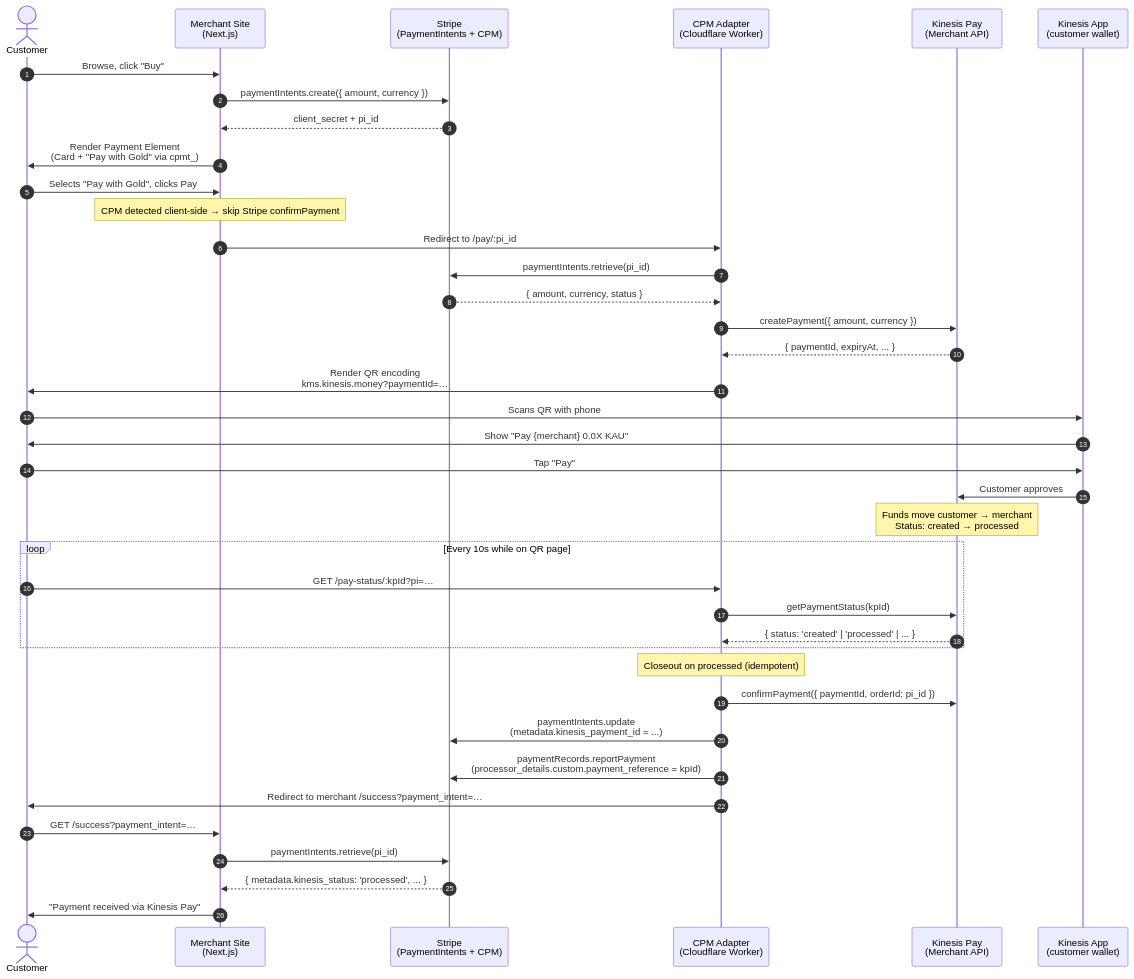
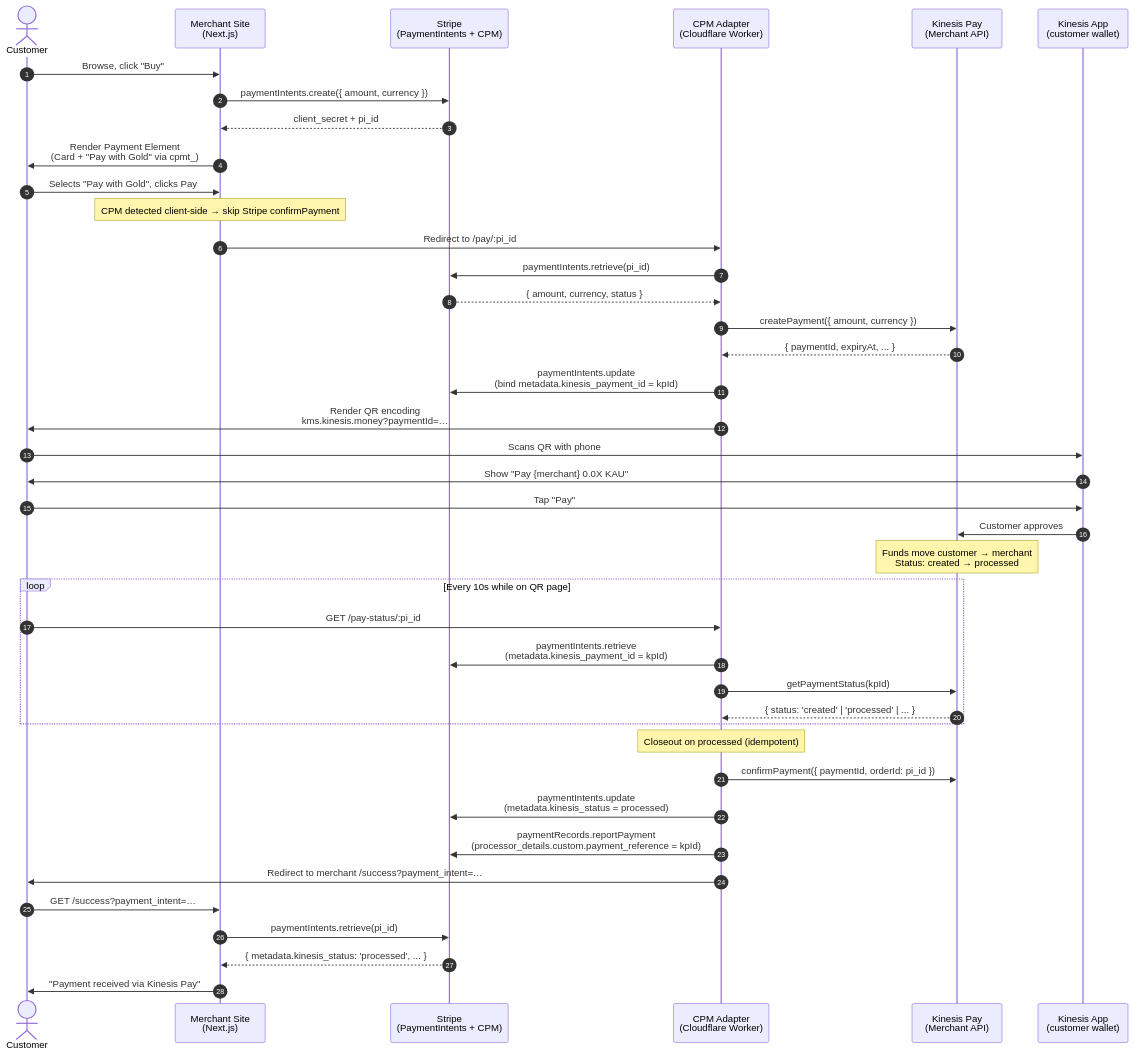
The diagram in docs/diagrams/sequence.mermaid (bradenbiz/stripe-cpm-kinesis-adapter), drawn with Mermaid before and after one commit. The commit also changed 5 other files, not shown here.

First line of the commit message:
fix(adapter): only settle an order with the Kinesis payment made for it (#14)

```diff
--- a/docs/diagrams/sequence.mermaid
+++ b/docs/diagrams/sequence.mermaid
@@ -1,46 +1,48 @@
 sequenceDiagram
     autonumber
     actor Customer
     participant Merchant as Merchant Site<br/>(Next.js)
     participant Stripe as Stripe<br/>(PaymentIntents + CPM)
     participant Adapter as CPM Adapter<br/>(Cloudflare Worker)
     participant Kinesis as Kinesis Pay<br/>(Merchant API)
     participant KMS as Kinesis App<br/>(customer wallet)
 
     Customer->>Merchant: Browse, click "Buy"
     Merchant->>Stripe: paymentIntents.create({ amount, currency })
     Stripe-->>Merchant: client_secret + pi_id
     Merchant->>Customer: Render Payment Element<br/>(Card + "Pay with Gold" via cpmt_)
 
     Customer->>Merchant: Selects "Pay with Gold", clicks Pay
     Note over Merchant: CPM detected client-side → skip Stripe confirmPayment
     Merchant->>Adapter: Redirect to /pay/:pi_id
 
     Adapter->>Stripe: paymentIntents.retrieve(pi_id)
     Stripe-->>Adapter: { amount, currency, status }
     Adapter->>Kinesis: createPayment({ amount, currency })
     Kinesis-->>Adapter: { paymentId, expiryAt, ... }
+    Adapter->>Stripe: paymentIntents.update<br/>(bind metadata.kinesis_payment_id = kpId)
     Adapter->>Customer: Render QR encoding<br/>kms.kinesis.money?paymentId=…
 
     Customer->>KMS: Scans QR with phone
     KMS->>Customer: Show "Pay {merchant} 0.0X KAU"
     Customer->>KMS: Tap "Pay"
     KMS->>Kinesis: Customer approves
     Note over Kinesis: Funds move customer → merchant<br/>Status: created → processed
 
     loop Every 10s while on QR page
-        Customer->>Adapter: GET /pay-status/:kpId?pi=…
+        Customer->>Adapter: GET /pay-status/:pi_id
+        Adapter->>Stripe: paymentIntents.retrieve<br/>(metadata.kinesis_payment_id = kpId)
         Adapter->>Kinesis: getPaymentStatus(kpId)
         Kinesis-->>Adapter: { status: 'created' | 'processed' | ... }
     end
 
     Note over Adapter: Closeout on processed (idempotent)
     Adapter->>Kinesis: confirmPayment({ paymentId, orderId: pi_id })
-    Adapter->>Stripe: paymentIntents.update<br/>(metadata.kinesis_payment_id = ...)
+    Adapter->>Stripe: paymentIntents.update<br/>(metadata.kinesis_status = processed)
     Adapter->>Stripe: paymentRecords.reportPayment<br/>(processor_details.custom.payment_reference = kpId)
 
     Adapter->>Customer: Redirect to merchant /success?payment_intent=…
     Customer->>Merchant: GET /success?payment_intent=…
     Merchant->>Stripe: paymentIntents.retrieve(pi_id)
     Stripe-->>Merchant: { metadata.kinesis_status: 'processed', ... }
     Merchant->>Customer: "Payment received via Kinesis Pay"
```
